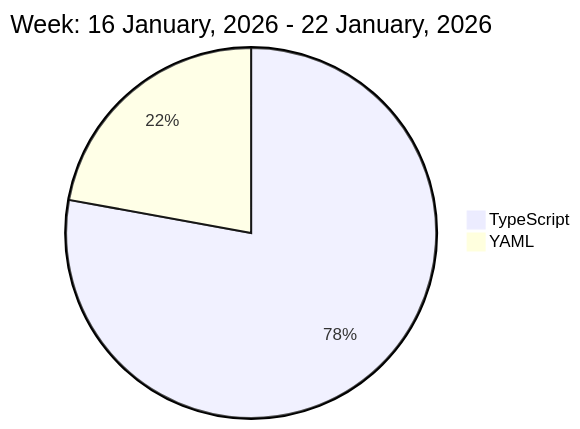
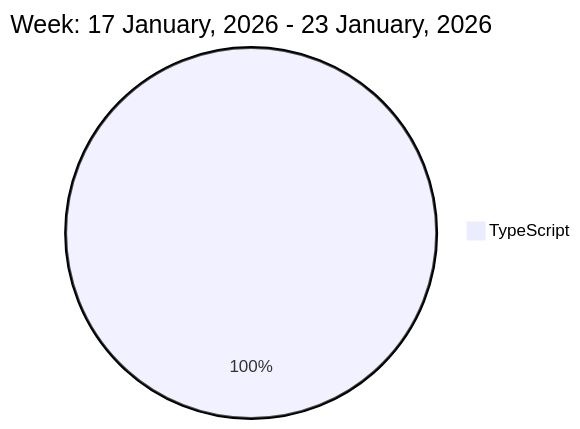
One commit to liubin95/liubin95 changed the diagram in README.md. Above: the diagram before and after it, drawn with Mermaid.

Commit message:
Updated the Graph with new Metrics

````diff
--- a/README.md
+++ b/README.md
@@ -37,6 +37,5 @@
 ```mermaid
  pie
-title Week: 16 January, 2026 - 22 January, 2026
- "TypeScript" : 9.78
- "YAML" : 2.78
+title Week: 17 January, 2026 - 23 January, 2026
+ "TypeScript" : 11.25
 ```
````
